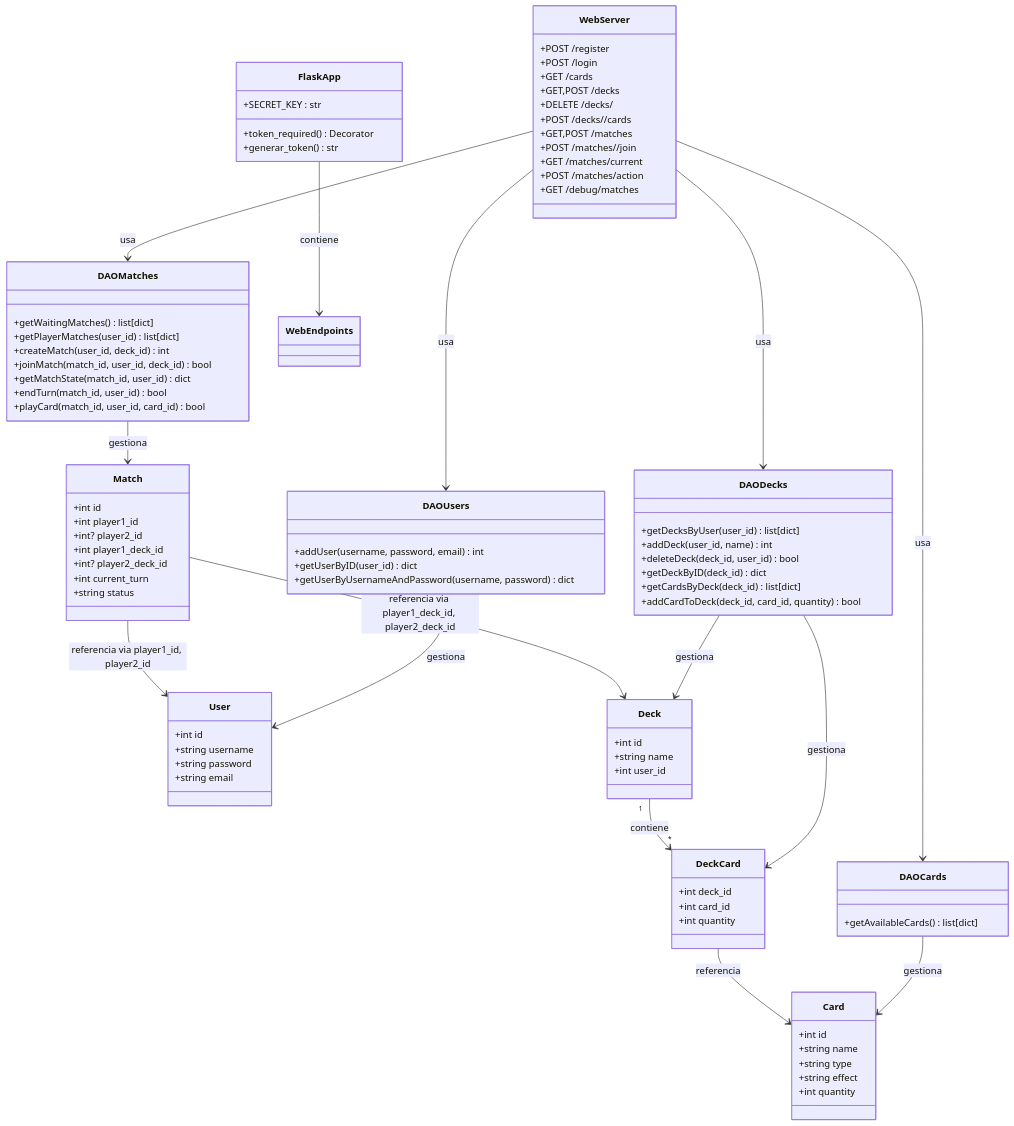
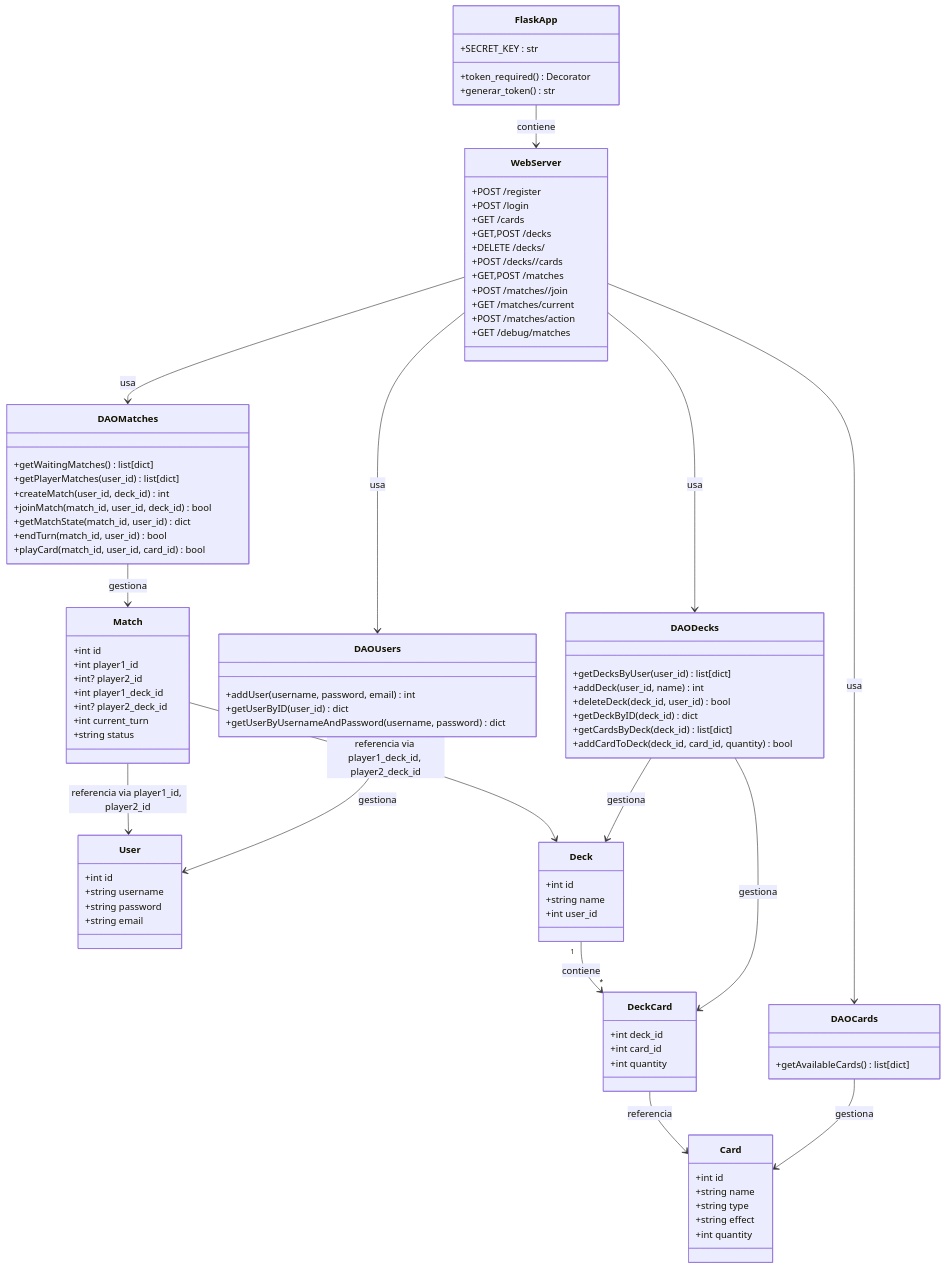
The diagram in Diagramas/DiagramaBackend.mermaid (Dariella06/Rifters), drawn with Mermaid before and after one commit.

Commit message:
nombre mal puesto cambiado todo

```diff
--- a/Diagramas/DiagramaBackend.mermaid
+++ b/Diagramas/DiagramaBackend.mermaid
@@ -1,103 +1,103 @@
 classDiagram
     class FlaskApp {
         +SECRET_KEY : str
         +token_required() Decorator
         +generar_token() str
     }
 
     class WebServer {
         +POST /register
         +POST /login
         +GET /cards
         +GET,POST /decks
         +DELETE /decks/<int:deck_id>
         +POST /decks/<int:deck_id>/cards
         +GET,POST /matches
         +POST /matches/<int:match_id>/join
         +GET /matches/current
         +POST /matches/action
         +GET /debug/matches
     }
 
     class DAOUsers {
         +addUser(username, password, email) int
         +getUserByID(user_id) dict
         +getUserByUsernameAndPassword(username, password) dict
     }
 
     class DAOCards {
         +getAvailableCards() list[dict]
     }
 
     class DAODecks {
         +getDecksByUser(user_id) list[dict]
         +addDeck(user_id, name) int
         +deleteDeck(deck_id, user_id) bool
         +getDeckByID(deck_id) dict
         +getCardsByDeck(deck_id) list[dict]
         +addCardToDeck(deck_id, card_id, quantity) bool
     }
 
     class DAOMatches {
         +getWaitingMatches() list[dict]
         +getPlayerMatches(user_id) list[dict]
         +createMatch(user_id, deck_id) int
         +joinMatch(match_id, user_id, deck_id) bool
         +getMatchState(match_id, user_id) dict
         +endTurn(match_id, user_id) bool
         +playCard(match_id, user_id, card_id) bool
     }
 
     class User {
         +int id
         +string username
         +string password
         +string email
     }
 
     class Card {
         +int id
         +string name
         +string type
         +string effect
         +int quantity
     }
 
     class Deck {
         +int id
         +string name
         +int user_id
     }
 
     class Match {
         +int id
         +int player1_id
         +int? player2_id
         +int player1_deck_id
         +int? player2_deck_id
         +int current_turn
         +string status
     }
 
     class DeckCard {
         +int deck_id
         +int card_id
         +int quantity
     }
 
-    FlaskApp --> WebEndpoints : contiene
+    FlaskApp --> WebServer : contiene
     WebServer --> DAOUsers : usa
     WebServer --> DAOCards : usa
     WebServer --> DAODecks : usa
     WebServer --> DAOMatches : usa
 
     DAOUsers --> User : gestiona
     DAOCards --> Card : gestiona
     DAODecks --> Deck : gestiona
     DAODecks --> DeckCard : gestiona
     DAOMatches --> Match : gestiona
 
     Deck "1" --> "*" DeckCard : contiene
     DeckCard --> Card : referencia
     Match --> Deck : referencia via player1_deck_id, player2_deck_id
     Match --> User : referencia via player1_id, player2_id
```
